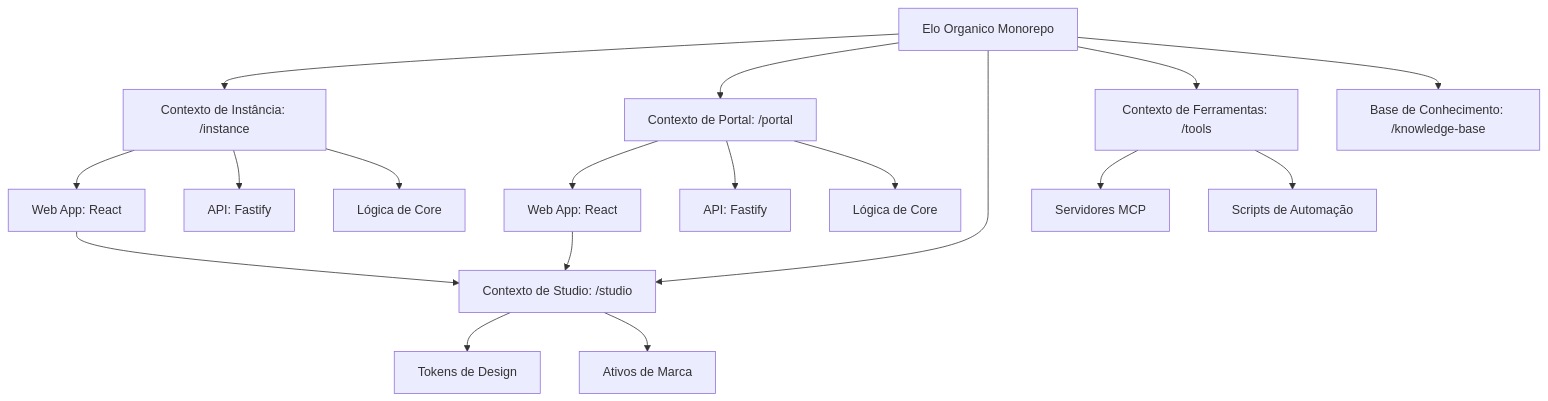
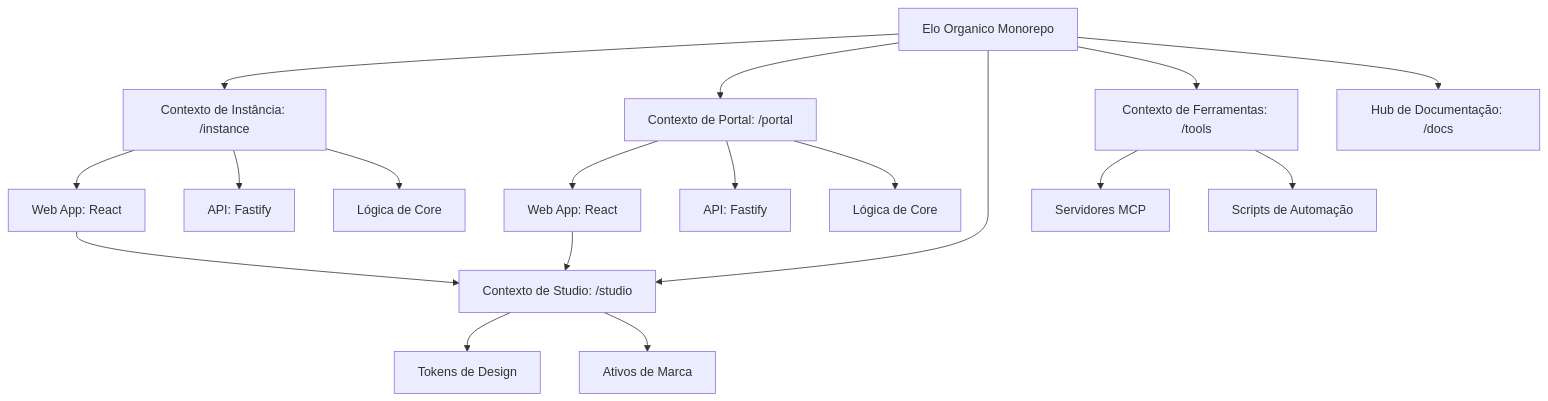
Before and after one commit to tupynambalucas/elo-organico: the diagram in docs/i18n/pt-BR/docusaurus-plugin-content-docs/current/intro.mdx, drawn with Mermaid. The commit also changed other lines of this file and 37 other files, not shown here.

First line of the commit message:
refactor: rename knowledge-base to docs and update references

````diff
--- a/docs/i18n/pt-BR/docusaurus-plugin-content-docs/current/intro.mdx
+++ b/docs/i18n/pt-BR/docusaurus-plugin-content-docs/current/intro.mdx
@@ -13,26 +13,26 @@
 ```mermaid
 graph TD
     Root["Elo Organico Monorepo"]
     Root --> Instance["Contexto de Instância: /instance"]
     Root --> Portal["Contexto de Portal: /portal"]
     Root --> Studio["Contexto de Studio: /studio"]
     Root --> Tools["Contexto de Ferramentas: /tools"]
-    Root --> Knowledge["Base de Conhecimento: /knowledge-base"]
+    Root --> Knowledge["Hub de Documentação: /docs"]
 
     Instance --> I_Web["Web App: React"]
     Instance --> I_API["API: Fastify"]
     Instance --> I_Core["Lógica de Core"]
 
     Portal --> P_Web["Web App: React"]
     Portal --> P_API["API: Fastify"]
     Portal --> P_Core["Lógica de Core"]
 
     Studio --> Tokens["Tokens de Design"]
     Studio --> Assets["Ativos de Marca"]
 
     Tools --> MCP["Servidores MCP"]
     Tools --> Scripts["Scripts de Automação"]
 
     I_Web --> Studio
     P_Web --> Studio
 ```
````
